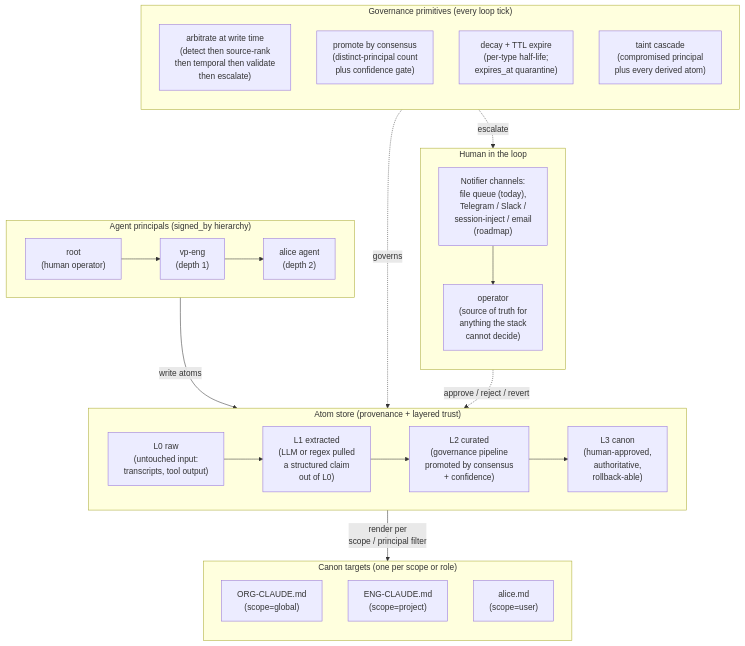
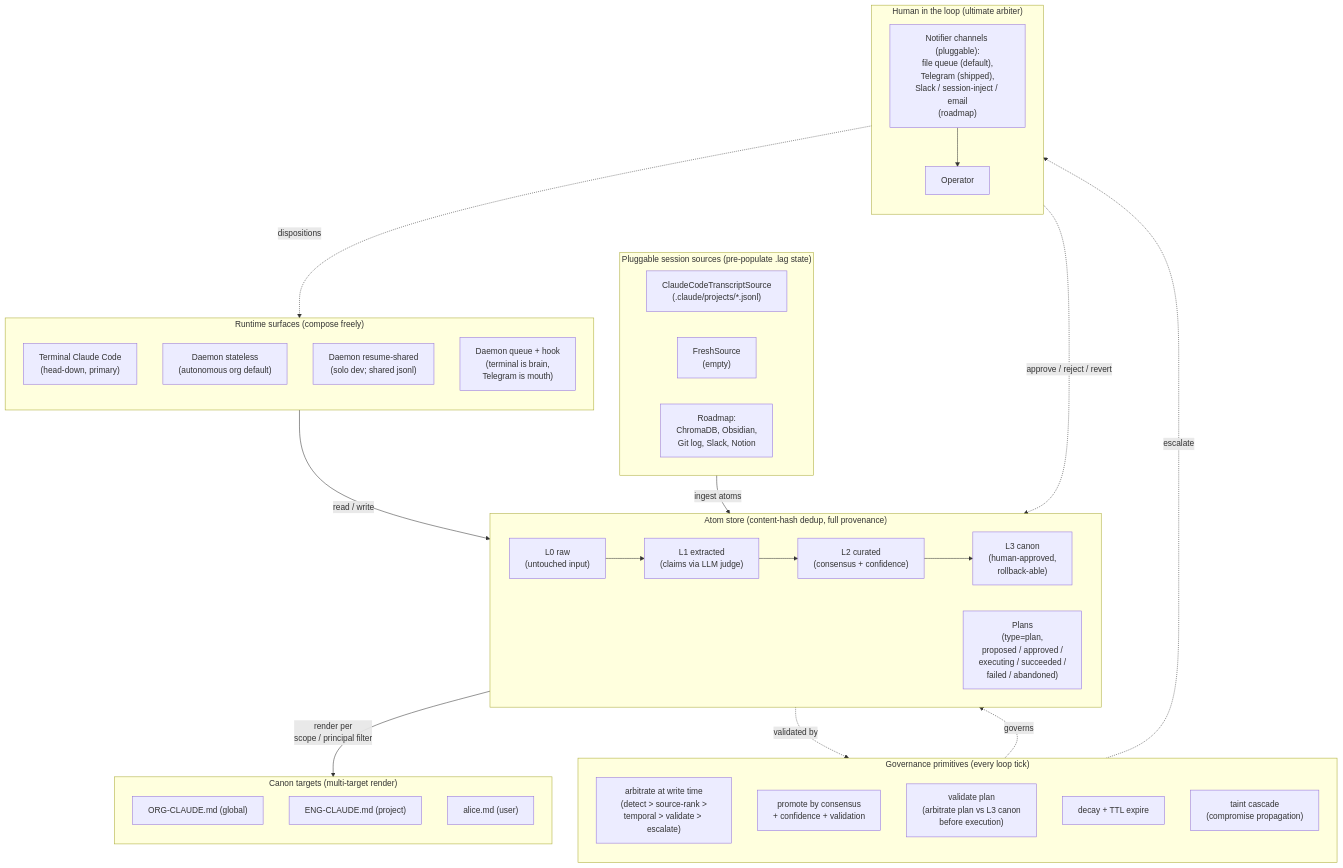
Before and after one commit to stephengardner/layered-memory-governance: the diagram in README.md, drawn with Mermaid. The commit also changed other lines of this file and 1 other file, not shown here.

Commit message:
docs: refresh README + add D10/D11 for runtime modes
README:
- Update mermaid to show session sources, plans, runtime surfaces,
  and their relationships; reflects what actually ships.
- Test count 374 -> 448, scenario list s1-s7 -> s1-s10.
- Solution list now includes plan governance primitive.
- CLIs section split into bins + runnable scripts; documents the
  three daemon modes (stateless / resume-shared / queue-only).
- Tests section lists current scenario coverage.

DECISIONS.md:
- D11: queue mode + Stop hook = terminal-attached runtime (Phase 42).
- D10: runtime modes compose rather than replace. Three modes share
  one daemon, one substrate; user picks per context.

````diff
--- a/README.md
+++ b/README.md
@@ -37,47 +38,59 @@
 ```mermaid
 flowchart TB
-  subgraph AGENTS["Agent principals (signed_by hierarchy)"]
+  subgraph INGEST["Pluggable session sources (pre-populate .lag state)"]
     direction LR
-    ROOT["root<br/>(human operator)"]
-    VP["vp-eng<br/>(depth 1)"]
-    AL["alice agent<br/>(depth 2)"]
-    ROOT --> VP --> AL
+    SRC1["ClaudeCodeTranscriptSource<br/>(.claude/projects/*.jsonl)"]
+    SRC2["FreshSource<br/>(empty)"]
+    SRC3["Roadmap:<br/>ChromaDB, Obsidian,<br/>Git log, Slack, Notion"]
   end
 
-  subgraph STORE["Atom store (provenance + layered trust)"]
+  subgraph STORE["Atom store (content-hash dedup, full provenance)"]
     direction LR
-    L0["L0 raw<br/>(untouched input:<br/>transcripts, tool output)"]
-    L1["L1 extracted<br/>(LLM or regex pulled<br/>a structured claim<br/>out of L0)"]
-    L2["L2 curated<br/>(governance pipeline<br/>promoted by consensus<br/>+ confidence)"]
-    L3["L3 canon<br/>(human-approved,<br/>authoritative,<br/>rollback-able)"]
+    L0["L0 raw<br/>(untouched input)"]
+    L1["L1 extracted<br/>(claims via LLM judge)"]
+    L2["L2 curated<br/>(consensus + confidence)"]
+    L3["L3 canon<br/>(human-approved,<br/>rollback-able)"]
+    PLAN["Plans<br/>(type=plan,<br/>proposed / approved /<br/>executing / succeeded /<br/>failed / abandoned)"]
     L0 --> L1 --> L2 --> L3
   end
 
   subgraph GOV["Governance primitives (every loop tick)"]
     direction TB
-    G1["arbitrate at write time<br/>(detect then source-rank<br/>then temporal then validate<br/>then escalate)"]
-    G2["promote by consensus<br/>(distinct-principal count<br/>plus confidence gate)"]
-    G3["decay + TTL expire<br/>(per-type half-life;<br/>expires_at quarantine)"]
-    G4["taint cascade<br/>(compromised principal<br/>plus every derived atom)"]
+    G1["arbitrate at write time<br/>(detect > source-rank ><br/>temporal > validate > escalate)"]
+    G2["promote by consensus<br/>+ confidence + validation"]
+    G3["validate plan<br/>(arbitrate plan vs L3 canon<br/>before execution)"]
+    G4["decay + TTL expire"]
+    G5["taint cascade<br/>(compromise propagation)"]
   end
 
-  subgraph CANON["Canon targets (one per scope or role)"]
+  subgraph RUNTIME["Runtime surfaces (compose freely)"]
     direction TB
-    T1["ORG-CLAUDE.md<br/>(scope=global)"]
-    T2["ENG-CLAUDE.md<br/>(scope=project)"]
-    T3["alice.md<br/>(scope=user)"]
+    RT1["Terminal Claude Code<br/>(head-down, primary)"]
+    RT2["Daemon stateless<br/>(autonomous org default)"]
+    RT3["Daemon resume-shared<br/>(solo dev; shared jsonl)"]
+    RT4["Daemon queue + hook<br/>(terminal is brain,<br/>Telegram is mouth)"]
   end
 
-  subgraph HIL["Human in the loop"]
+  subgraph CANON["Canon targets (multi-target render)"]
     direction TB
-    N["Notifier channels:<br/>file queue (today),<br/>Telegram / Slack /<br/>session-inject / email<br/>(roadmap)"]
-    H["operator<br/>(source of truth for<br/>anything the stack<br/>cannot decide)"]
+    T1["ORG-CLAUDE.md (global)"]
+    T2["ENG-CLAUDE.md (project)"]
+    T3["alice.md (user)"]
+  end
+
+  subgraph HIL["Human in the loop (ultimate arbiter)"]
+    direction TB
+    N["Notifier channels (pluggable):<br/>file queue (default),<br/>Telegram (shipped),<br/>Slack / session-inject / email<br/>(roadmap)"]
+    H["Operator"]
     N --> H
   end
 
-  AGENTS -->|write atoms| STORE
+  INGEST -->|ingest atoms| STORE
+  RUNTIME -->|read / write| STORE
   GOV -.governs.-> STORE
+  PLAN -.validated by.-> G3
   L3 -->|"render per<br/>scope / principal filter"| CANON
   GOV -.escalate.-> HIL
   HIL -.approve / reject / revert.-> STORE
+  HIL -.dispositions.-> RUNTIME
 ```
````
